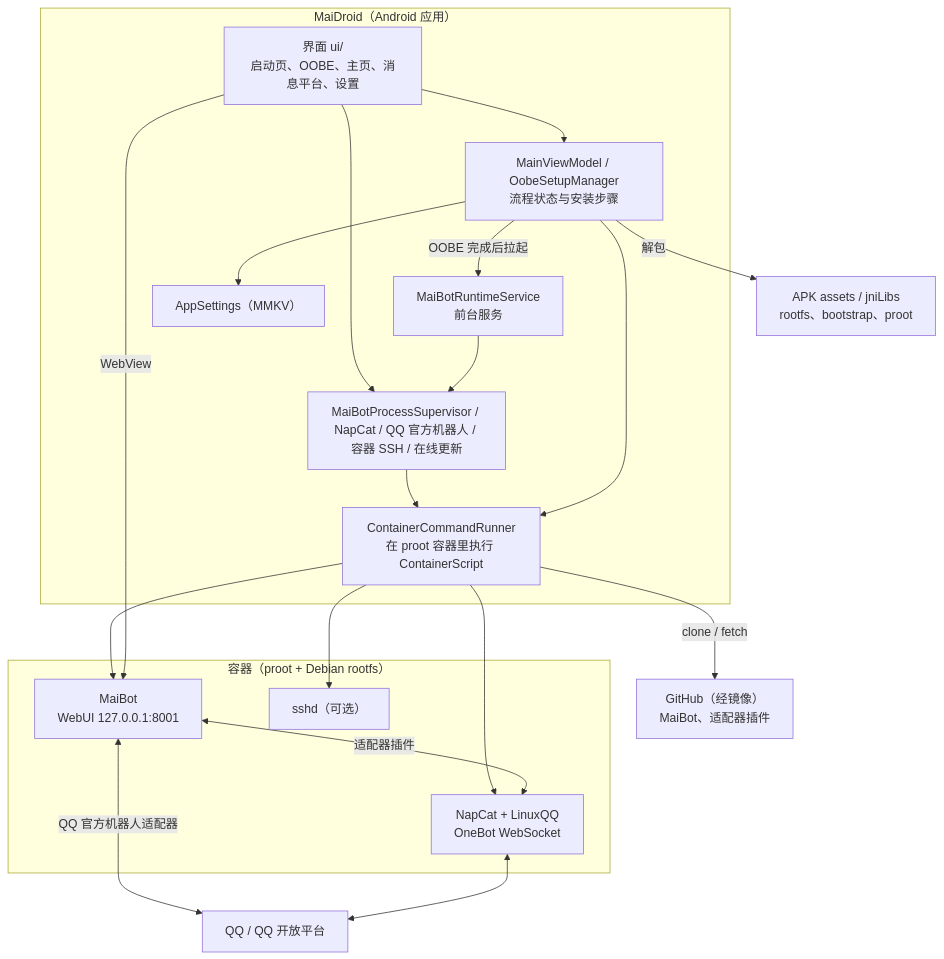
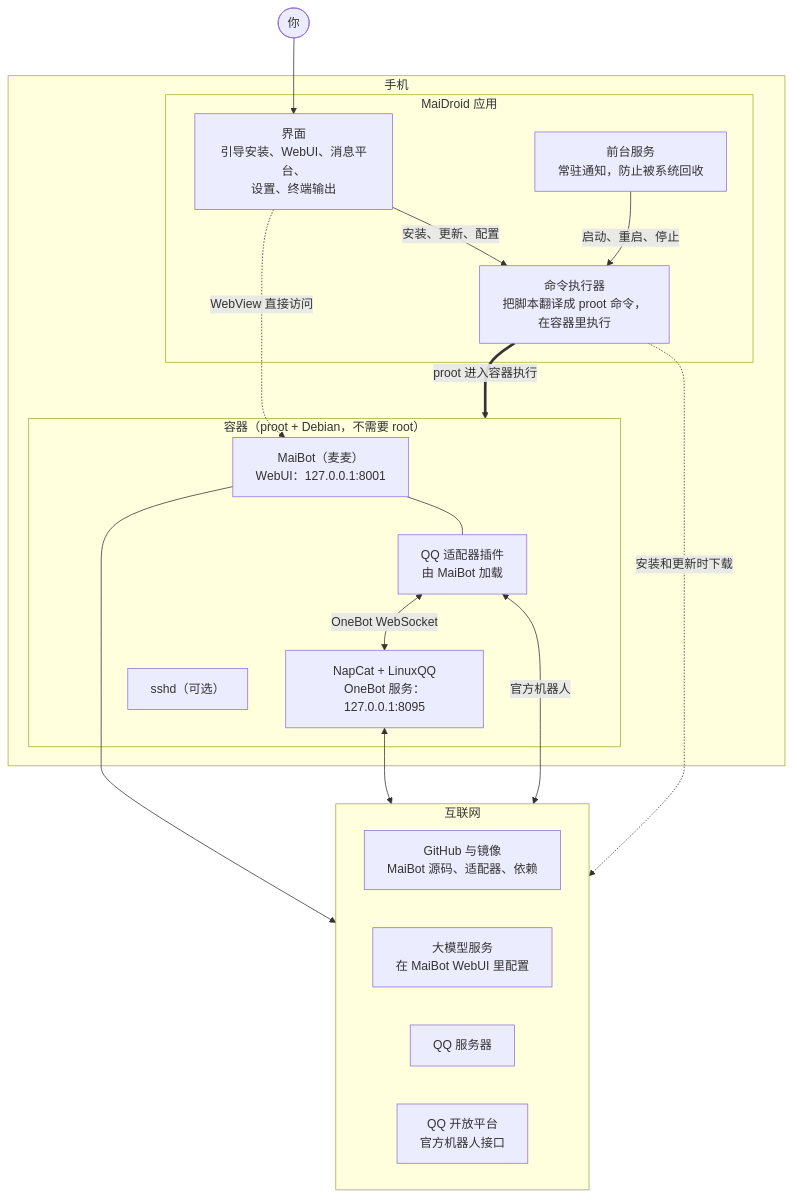
One commit to Mai-with-u/MaiDroid changed the first of 3 diagrams in README.md. Above: the diagram before and after it, drawn with Mermaid. The commit also changed other lines of this file, not shown here.

First line of the commit message:
docs(readme): 重写 README 并重做架构图

````diff
--- a/README.md
+++ b/README.md
@@ -35,38 +47,40 @@
 ```mermaid
 flowchart TB
-    subgraph Android["MaiDroid（Android 应用）"]
-        UI["界面 ui/\n启动页、OOBE、主页、消息平台、设置"]
-        VM["MainViewModel / OobeSetupManager\n流程状态与安装步骤"]
-        Service["MaiBotRuntimeService\n前台服务"]
-        Modules["MaiBotProcessSupervisor / NapCat / QQ 官方机器人 / 容器 SSH / 在线更新"]
-        Runner["ContainerCommandRunner\n在 proot 容器里执行 ContainerScript"]
-        Settings["AppSettings（MMKV）"]
+    You(["你"])
+
+    subgraph Phone["手机"]
+        subgraph App["MaiDroid 应用"]
+            UI["界面<br/>引导安装、WebUI、消息平台、<br/>设置、终端输出"]
+            Svc["前台服务<br/>常驻通知，防止被系统回收"]
+            Runner["命令执行器<br/>把脚本翻译成 proot 命令，<br/>在容器里执行"]
+        end
+
+        subgraph Box["容器（proot + Debian，不需要 root）"]
+            MaiBot["MaiBot（麦麦）<br/>WebUI：127.0.0.1:8001"]
+            Adapter["QQ 适配器插件<br/>由 MaiBot 加载"]
+            NapCat["NapCat + LinuxQQ<br/>OneBot 服务：127.0.0.1:8095"]
+            Sshd["sshd（可选）"]
+        end
     end
 
-    subgraph Container["容器（proot + Debian rootfs）"]
-        MaiBot["MaiBot\nWebUI 127.0.0.1:8001"]
-        NapCat["NapCat + LinuxQQ\nOneBot WebSocket"]
-        SSHD["sshd（可选）"]
+    subgraph Net["互联网"]
+        direction LR
+        Mirror["GitHub 与镜像<br/>MaiBot 源码、适配器、依赖"]
+        LLM["大模型服务<br/>在 MaiBot WebUI 里配置"]
+        QQ["QQ 服务器"]
+        QQBot["QQ 开放平台<br/>官方机器人接口"]
     end
 
-    Assets["APK assets / jniLibs\nrootfs、bootstrap、proot"]
-    GitHub["GitHub（经镜像）\nMaiBot、适配器插件"]
-    QQ["QQ / QQ 开放平台"]
+    You --> UI
+    UI -->|"安装、更新、配置"| Runner
+    Svc -->|"启动、重启、停止"| Runner
+    Runner ==>|"proot 进入容器执行"| Box
+    UI -.->|"WebView 直接访问"| MaiBot
 
-    UI --> VM
-    VM -->|OOBE 完成后拉起| Service
-    UI --> Modules
-    Service --> Modules
-    Modules --> Runner
-    VM --> Runner
-    Runner --> MaiBot
-    Runner --> NapCat
-    Runner --> SSHD
-    VM -->|解包| Assets
-    Runner -->|clone / fetch| GitHub
-    MaiBot <-->|适配器插件| NapCat
-    MaiBot <-->|QQ 官方机器人适配器| QQ
+    MaiBot --- Adapter
+    Adapter <-->|"OneBot WebSocket"| NapCat
+    MaiBot --> LLM
     NapCat <--> QQ
-    UI -->|WebView| MaiBot
-    VM --> Settings
+    Adapter <-->|"官方机器人"| QQBot
+    Runner -.->|"安装和更新时下载"| Mirror
 ```
````
